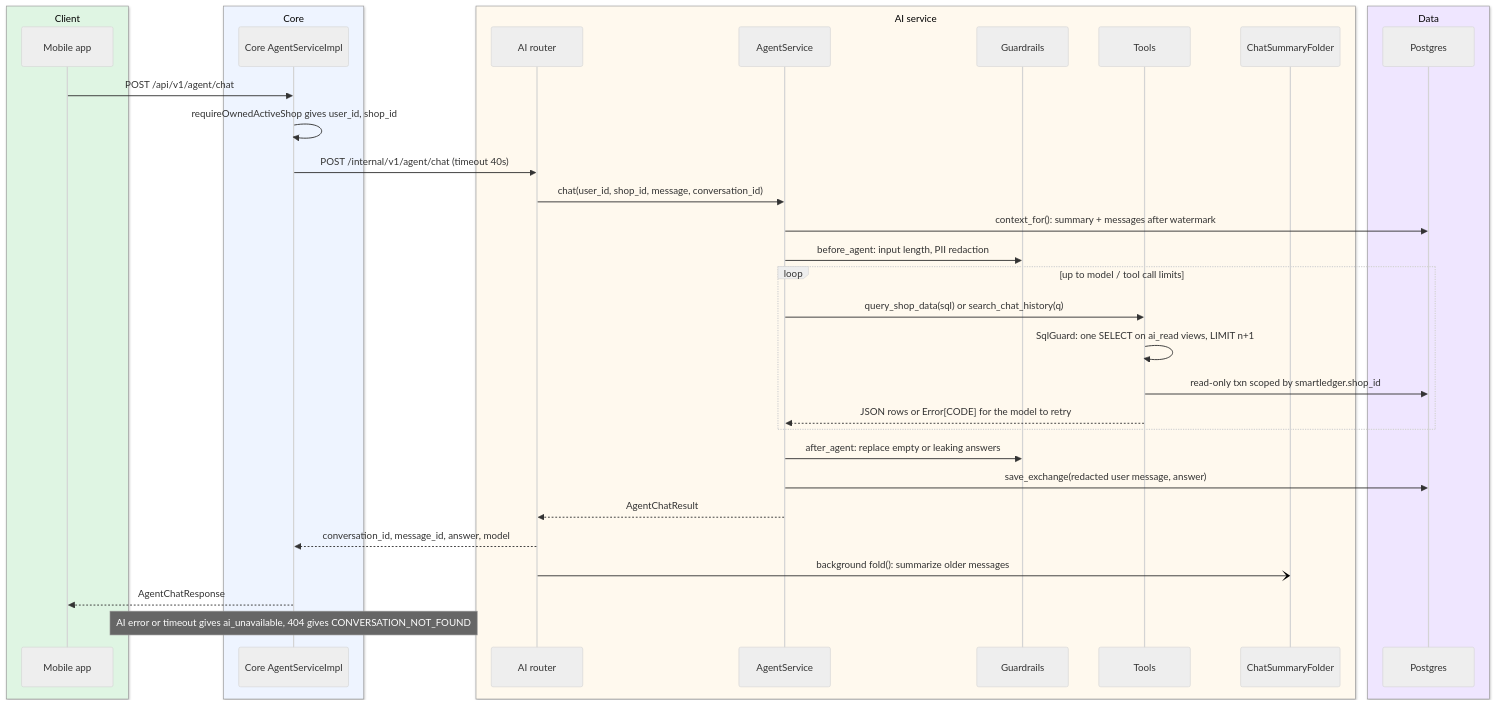
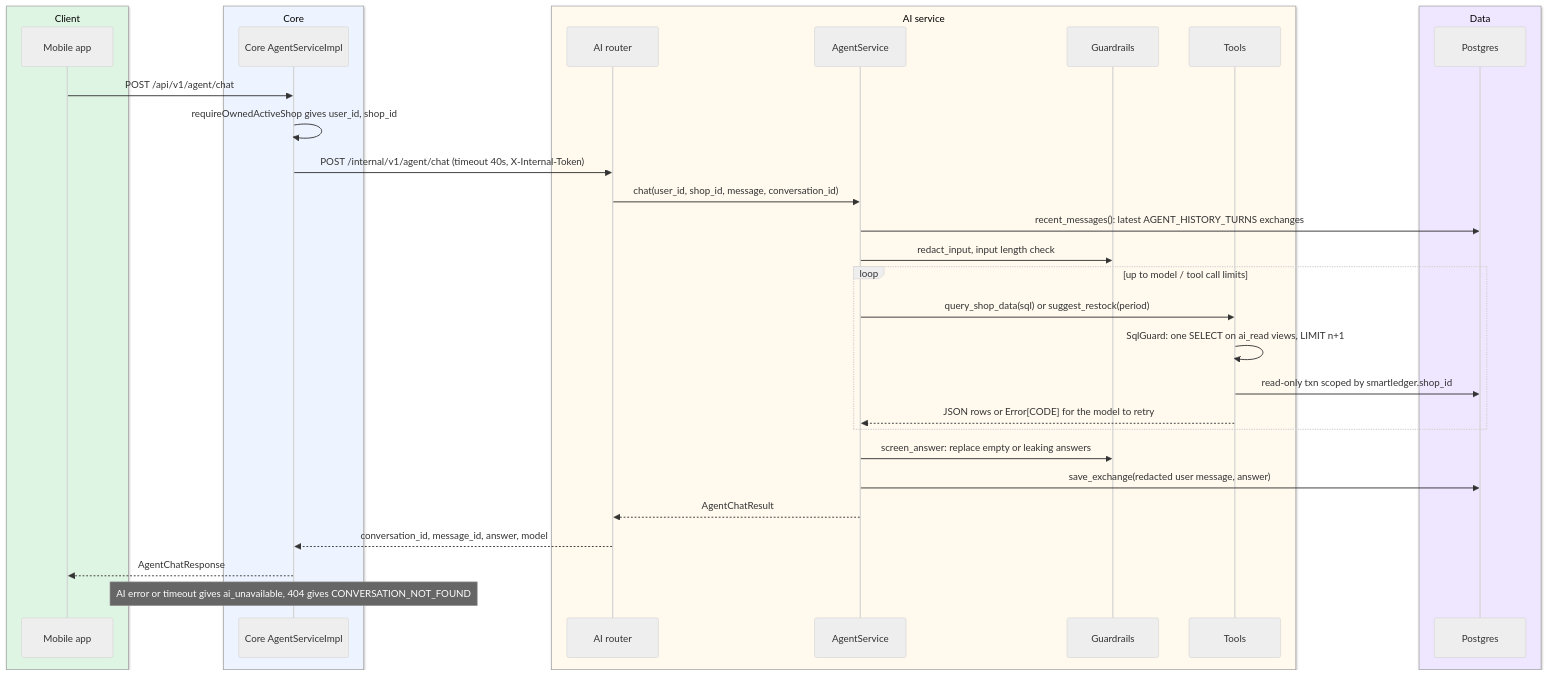
Diagram 14 of 14 in docs/architecture/service-walkthrough/README.md (miphu2804/smart-ledger), drawn with Mermaid (neutral theme) before and after one commit. The commit also changed other lines of this file and 56 other files, not shown here.

````diff
--- a/docs/architecture/service-walkthrough/README.md
+++ b/docs/architecture/service-walkthrough/README.md
@@ -579,39 +579,37 @@
 ```mermaid
 sequenceDiagram
     box rgb(223,245,227) Client
     participant App as Mobile app
     end
     box rgb(238,244,255) Core
     participant Core as Core AgentServiceImpl
     end
     box rgb(255,249,238) AI service
     participant R as AI router
     participant A as AgentService
     participant G as Guardrails
     participant T as Tools
-    participant F as ChatSummaryFolder
     end
     box rgb(239,230,255) Data
     participant DB as Postgres
     end
 
     App->>Core: POST /api/v1/agent/chat
     Core->>Core: requireOwnedActiveShop gives user_id, shop_id
-    Core->>R: POST /internal/v1/agent/chat (timeout 40s)
+    Core->>R: POST /internal/v1/agent/chat (timeout 40s, X-Internal-Token)
     R->>A: chat(user_id, shop_id, message, conversation_id)
-    A->>DB: context_for(): summary + messages after watermark
-    A->>G: before_agent: input length, PII redaction
+    A->>DB: recent_messages(): latest AGENT_HISTORY_TURNS exchanges
+    A->>G: redact_input, input length check
     loop up to model / tool call limits
-        A->>T: query_shop_data(sql) or search_chat_history(q)
+        A->>T: query_shop_data(sql) or suggest_restock(period)
         T->>T: SqlGuard: one SELECT on ai_read views, LIMIT n+1
         T->>DB: read-only txn scoped by smartledger.shop_id
         T-->>A: JSON rows or Error[CODE] for the model to retry
     end
-    A->>G: after_agent: replace empty or leaking answers
+    A->>G: screen_answer: replace empty or leaking answers
     A->>DB: save_exchange(redacted user message, answer)
     A-->>R: AgentChatResult
     R-->>Core: conversation_id, message_id, answer, model
-    R-)F: background fold(): summarize older messages
     Core-->>App: AgentChatResponse
     Note over Core: AI error or timeout gives ai_unavailable, 404 gives CONVERSATION_NOT_FOUND
 ```
````
